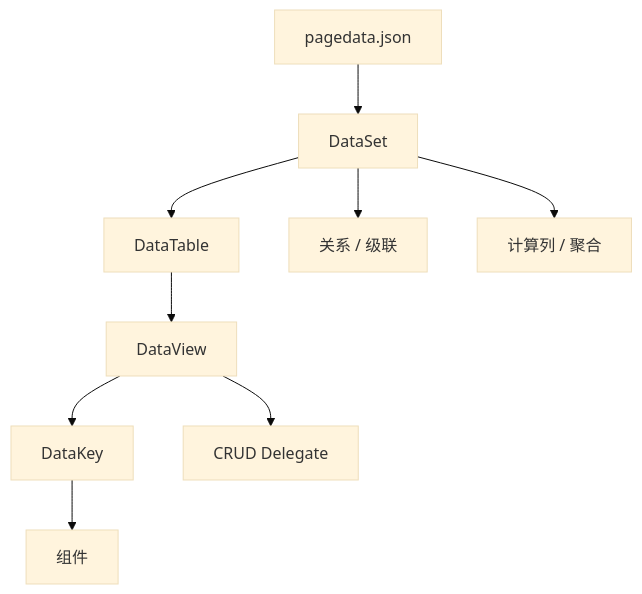
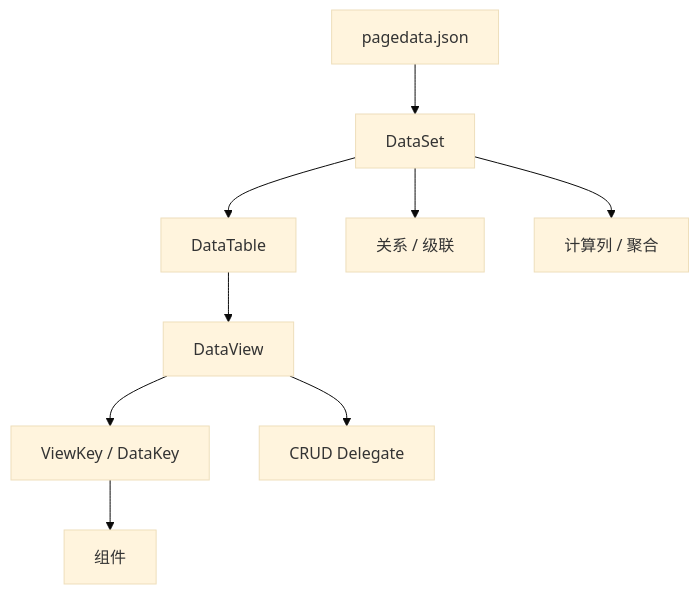
Before and after one commit to LMSpark/spark-view-vue: the ninth of 16 diagrams in docs/SPARK_VIEW_PROJECT_DEEP_DIVE_ZH.md, drawn with Mermaid (base theme). The commit also changed other lines of this file and 97 other files, not shown here.

Commit message:
feat(spark-data): require explicit datakey view ids

````diff
--- a/docs/SPARK_VIEW_PROJECT_DEEP_DIVE_ZH.md
+++ b/docs/SPARK_VIEW_PROJECT_DEEP_DIVE_ZH.md
@@ -410,21 +412,21 @@
 ```mermaid
 flowchart TD
   PageData["pagedata.json"]
   DataSet["DataSet"]
   Table["DataTable"]
   View["DataView"]
-  Key["DataKey"]
+  Key["ViewKey / DataKey"]
   Component["组件"]
   Crud["CRUD Delegate"]
   Relation["关系 / 级联"]
   Compute["计算列 / 聚合"]
 
   PageData --> DataSet
   DataSet --> Table
   Table --> View
   View --> Key
   Key --> Component
   View --> Crud
   DataSet --> Relation
   DataSet --> Compute
 ```
````
